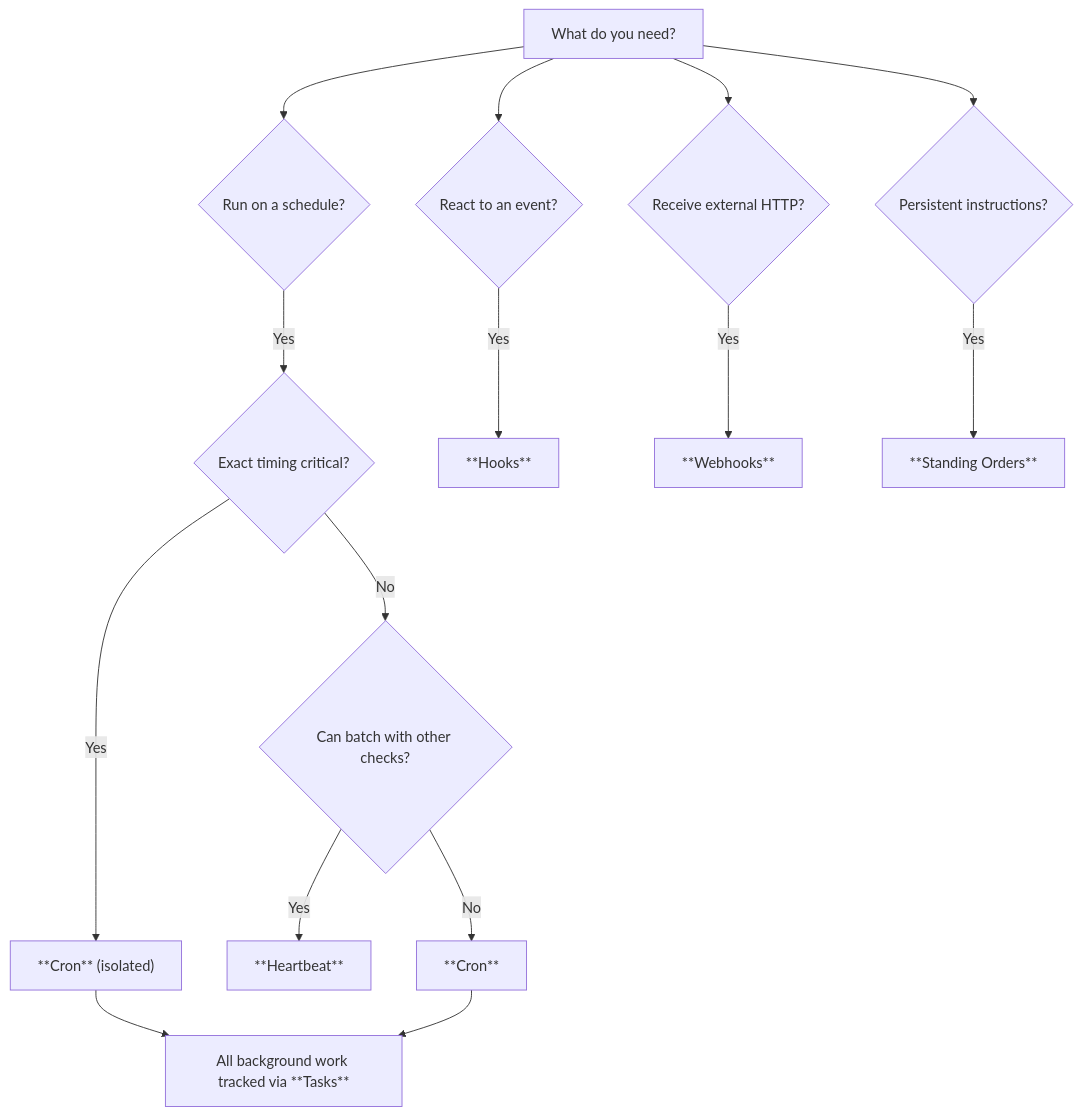
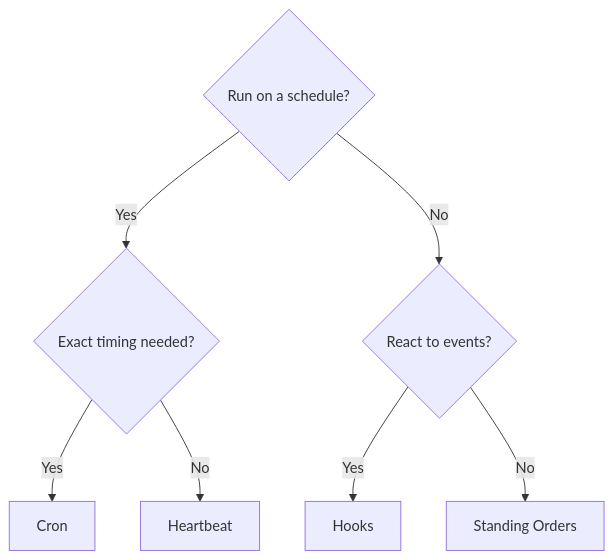
One commit to globalcaos/tinkerclaw changed the diagram in docs/automation/index.md. Above: the diagram before and after it, drawn with Mermaid.

Commit message:
docs: simplify automation decision flowchart to linear path

````diff
--- a/docs/automation/index.md
+++ b/docs/automation/index.md
@@ -16,28 +16,9 @@
 ```mermaid
 flowchart TD
-    A[What do you need?] --> B{Run on a schedule?}
-    A --> C{React to an event?}
-    A --> D{Receive external HTTP?}
-    A --> E{Persistent instructions?}
-
-    B -->|Yes| F{Exact timing critical?}
-    F -->|Yes| G["**Cron** (isolated)"]
-    F -->|No| H{Can batch with other checks?}
-    H -->|Yes| I[**Heartbeat**]
-    H -->|No| J[**Cron**]
-
-    C -->|Yes| K[**Hooks**]
-    D -->|Yes| L[**Webhooks**]
-    E -->|Yes| M[**Standing Orders**]
-
-    G --> N[All background work tracked via **Tasks**]
-    J --> N
-
-    click I "/gateway/heartbeat"
-    click G "/automation/cron-jobs"
-    click J "/automation/cron-jobs"
-    click K "/automation/hooks"
-    click L "/automation/webhook"
-    click M "/automation/standing-orders"
-    click N "/automation/tasks"
+    A{Run on a schedule?} -->|Yes| B{Exact timing needed?}
+    A -->|No| C{React to events?}
+    B -->|Yes| D[Cron]
+    B -->|No| E[Heartbeat]
+    C -->|Yes| F[Hooks]
+    C -->|No| G[Standing Orders]
 ```
````
